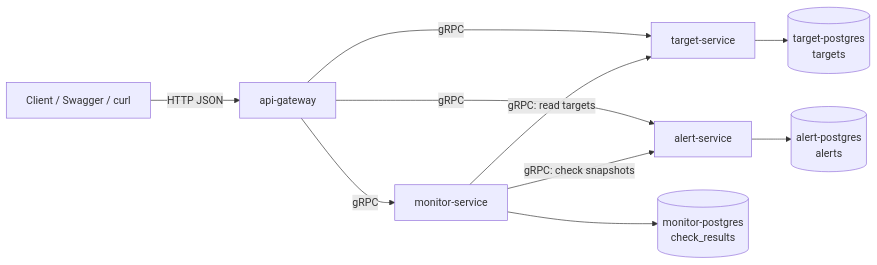
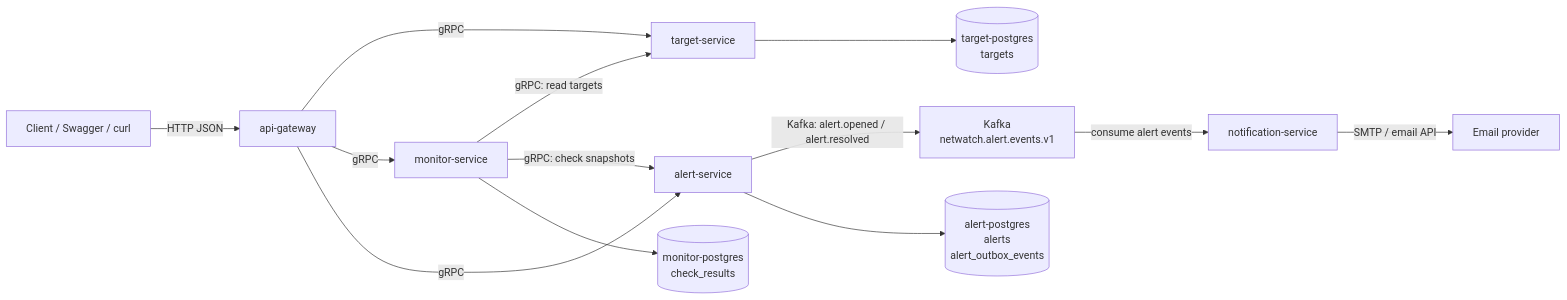
One commit to arthast/NetWatch changed the first of 2 diagrams in README.md. Above: the diagram before and after it, drawn with Mermaid. The commit also changed other lines of this file and 17 other files, not shown here.

````diff
--- a/README.md
+++ b/README.md
@@ -39,15 +45,18 @@
 ```mermaid
 flowchart LR
     client["Client / Swagger / curl"] -->|HTTP JSON| gateway["api-gateway"]
 
     gateway -->|gRPC| target["target-service"]
     gateway -->|gRPC| monitor["monitor-service"]
     gateway -->|gRPC| alert["alert-service"]
 
     monitor -->|gRPC: read targets| target
     monitor -->|gRPC: check snapshots| alert
+    alert -->|Kafka: alert.opened / alert.resolved| kafka["Kafka<br/>netwatch.alert.events.v1"]
+    kafka -->|consume alert events| notification["notification-service"]
+    notification -->|SMTP / email API| email["Email provider"]
 
     target --> target_db[("target-postgres<br/>targets")]
     monitor --> monitor_db[("monitor-postgres<br/>check_results")]
-    alert --> alert_db[("alert-postgres<br/>alerts")]
+    alert --> alert_db[("alert-postgres<br/>alerts<br/>alert_outbox_events")]
 ```
````
